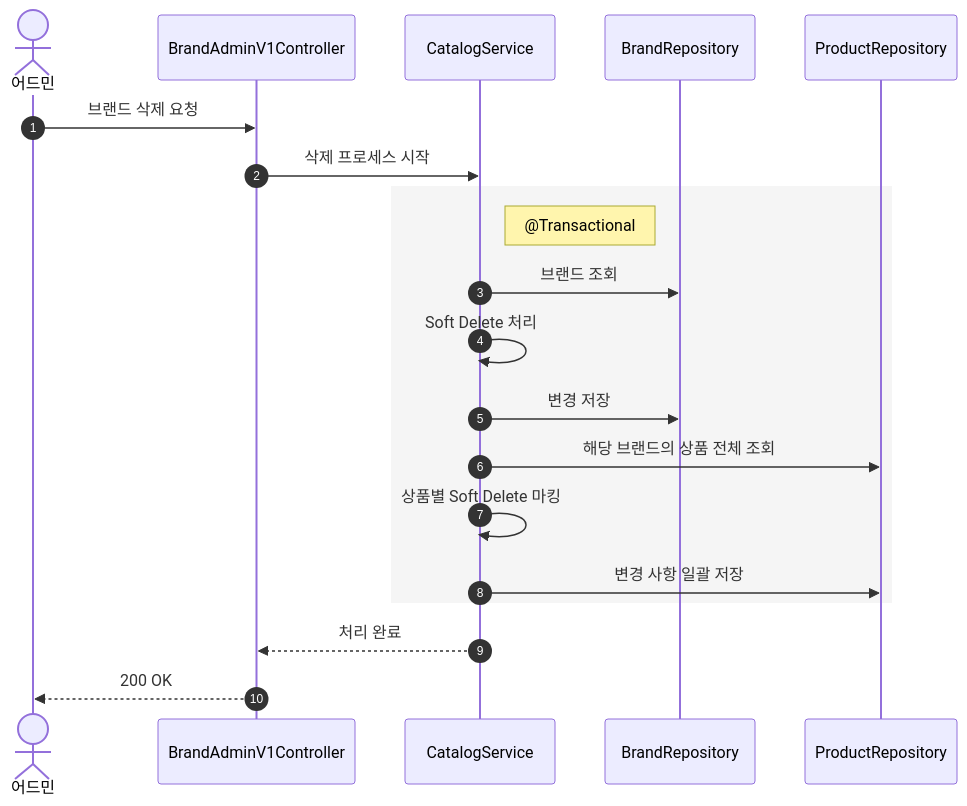
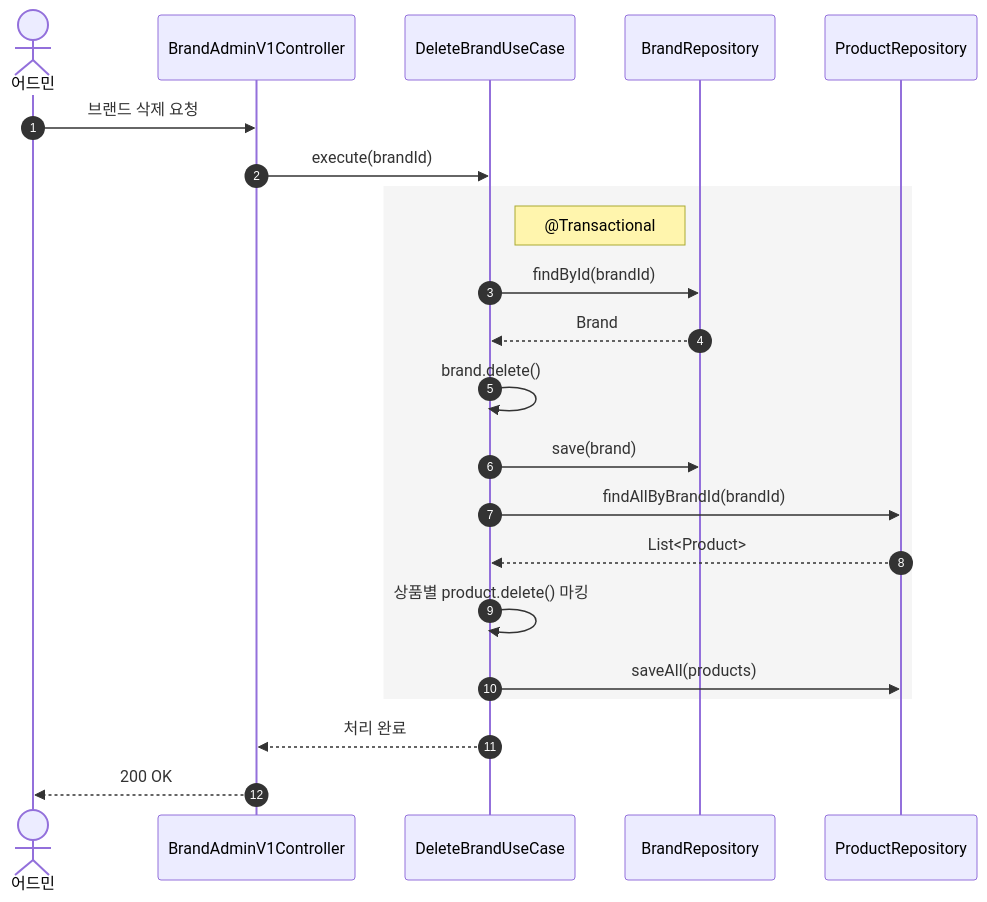
Before and after one commit to Loopers-dev-lab/loop-pack-be-l2-vol3-kotlin: the eighth of 26 diagrams in docs/design/02-sequence-diagrams.md, drawn with Mermaid. The commit also changed other lines of this file and 6 other files, not shown here.

First line of the commit message:
docs: 설계 문서 최신화 — Facade/Service → UseCase 패턴 반영

````diff
--- a/docs/design/02-sequence-diagrams.md
+++ b/docs/design/02-sequence-diagrams.md
@@ -203,24 +202,26 @@
 ```mermaid
 sequenceDiagram
     autonumber
     actor Admin as 어드민
     participant C as BrandAdminV1Controller
-    participant S as CatalogService
+    participant UC as DeleteBrandUseCase
     participant BR as BrandRepository
     participant PR as ProductRepository
     Admin ->> C: 브랜드 삭제 요청
-    C ->> S: 삭제 프로세스 시작
+    C ->> UC: execute(brandId)
 
     rect rgb(245, 245, 245)
-        Note right of S: @Transactional
-        S ->> BR: 브랜드 조회
-        S ->> S: Soft Delete 처리
-        S ->> BR: 변경 저장
-        S ->> PR: 해당 브랜드의 상품 전체 조회
-        S ->> S: 상품별 Soft Delete 마킹
-        S ->> PR: 변경 사항 일괄 저장
+        Note right of UC: @Transactional
+        UC ->> BR: findById(brandId)
+        BR -->> UC: Brand
+        UC ->> UC: brand.delete()
+        UC ->> BR: save(brand)
+        UC ->> PR: findAllByBrandId(brandId)
+        PR -->> UC: List<Product>
+        UC ->> UC: 상품별 product.delete() 마킹
+        UC ->> PR: saveAll(products)
     end
 
-    S -->> C: 처리 완료
+    UC -->> C: 처리 완료
     C -->> Admin: 200 OK
 ```
````
